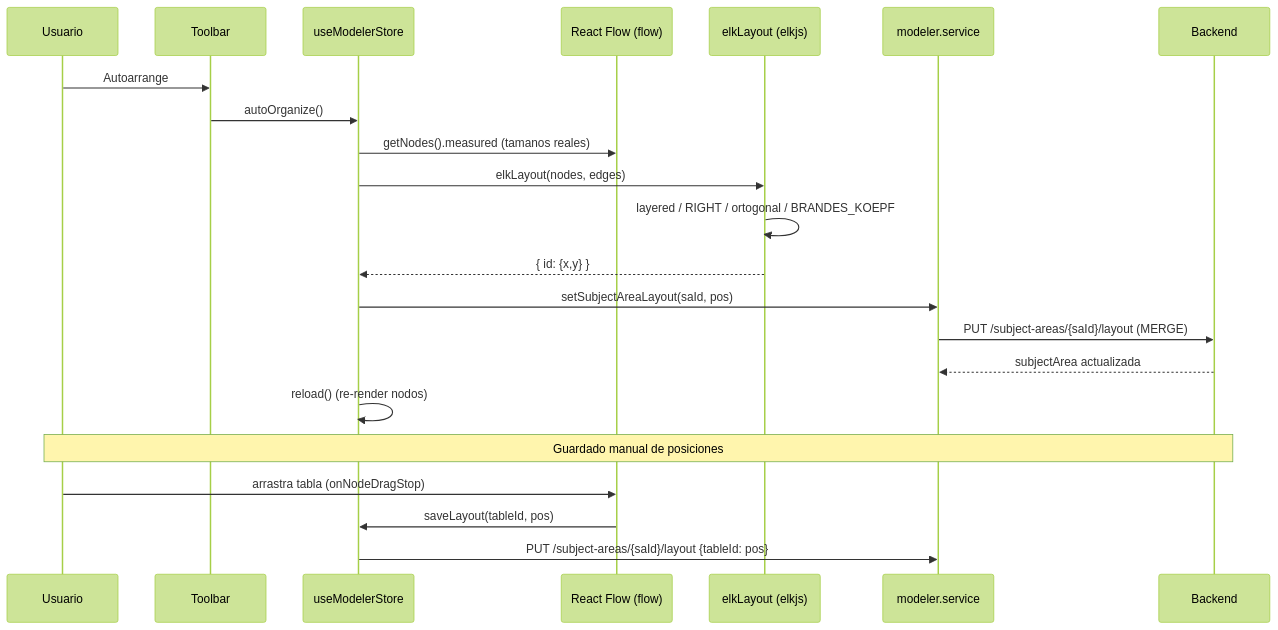
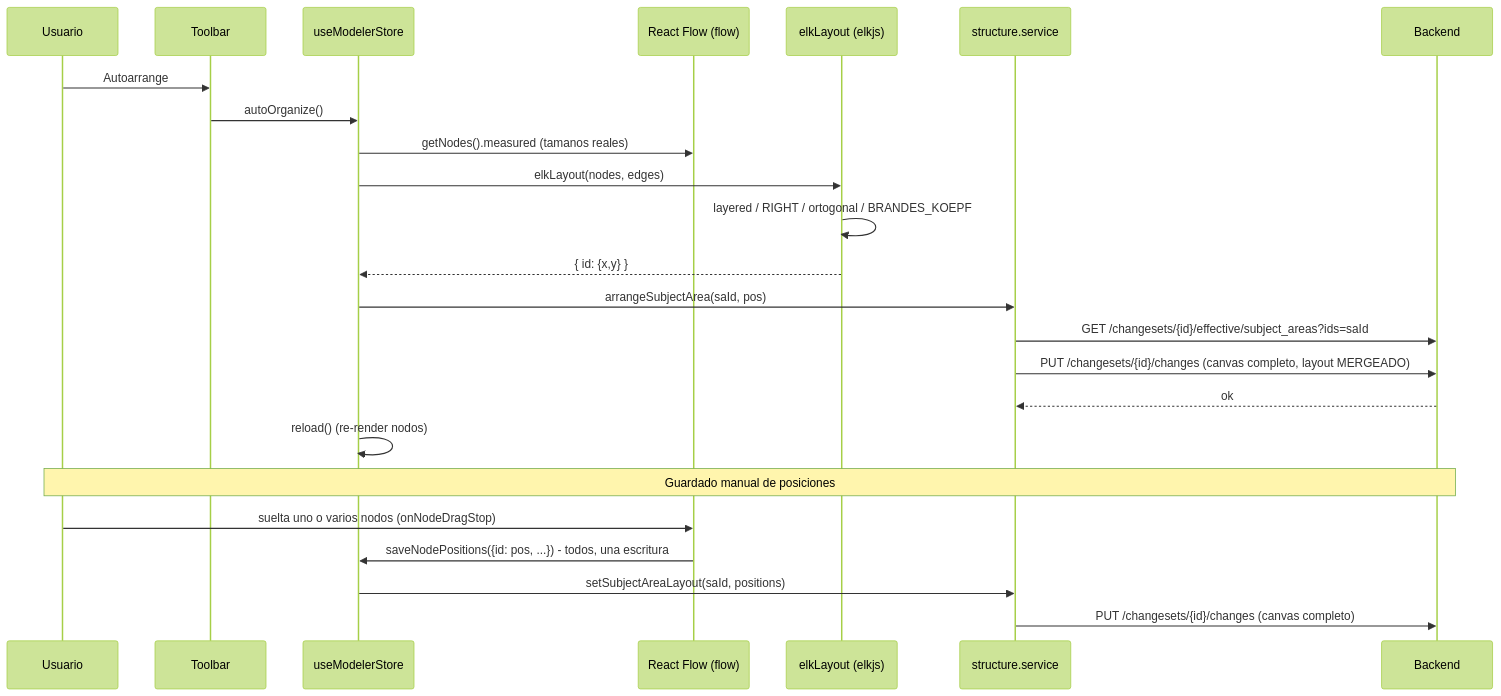
One commit to Carlosmps97/web-data-model-hub changed the fifth of 8 diagrams in doc/data-flow.md. Above: the diagram before and after it, drawn with Mermaid (forest theme). The commit also changed other lines of this file and 209 other files, not shown here.

````diff
--- a/doc/data-flow.md
+++ b/doc/data-flow.md
@@ -414,26 +455,28 @@
 ```mermaid
 sequenceDiagram
   participant U as Usuario
   participant TB as Toolbar
   participant MS as useModelerStore
   participant RF as React Flow (flow)
   participant ELK as elkLayout (elkjs)
-  participant Svc as modeler.service
+  participant Svc as structure.service
   participant API as Backend
 
   U->>TB: Autoarrange
   TB->>MS: autoOrganize()
   MS->>RF: getNodes().measured (tamanos reales)
   MS->>ELK: elkLayout(nodes, edges)
   ELK->>ELK: layered / RIGHT / ortogonal / BRANDES_KOEPF
   ELK-->>MS: { id: {x,y} }
-  MS->>Svc: setSubjectAreaLayout(saId, pos)
-  Svc->>API: PUT /subject-areas/{saId}/layout (MERGE)
-  API-->>Svc: subjectArea actualizada
+  MS->>Svc: arrangeSubjectArea(saId, pos)
+  Svc->>API: GET /changesets/{id}/effective/subject_areas?ids=saId
+  Svc->>API: PUT /changesets/{id}/changes (canvas completo, layout MERGEADO)
+  API-->>Svc: ok
   MS->>MS: reload() (re-render nodos)
 
   Note over U,API: Guardado manual de posiciones
-  U->>RF: arrastra tabla (onNodeDragStop)
-  RF->>MS: saveLayout(tableId, pos)
-  MS->>Svc: PUT /subject-areas/{saId}/layout {tableId: pos}
+  U->>RF: suelta uno o varios nodos (onNodeDragStop)
+  RF->>MS: saveNodePositions({id: pos, ...}) - todos, una escritura
+  MS->>Svc: setSubjectAreaLayout(saId, positions)
+  Svc->>API: PUT /changesets/{id}/changes (canvas completo)
 ```
````
